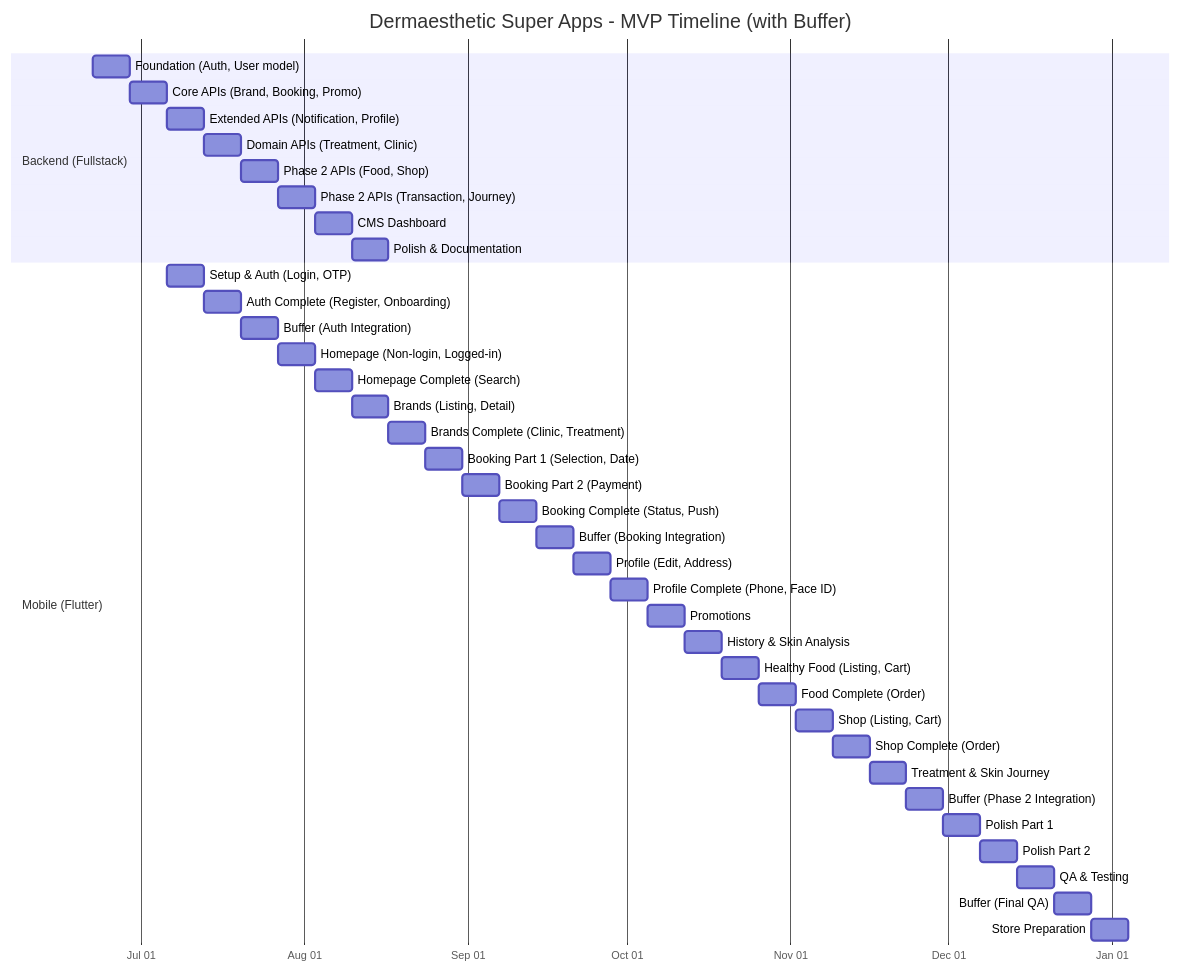
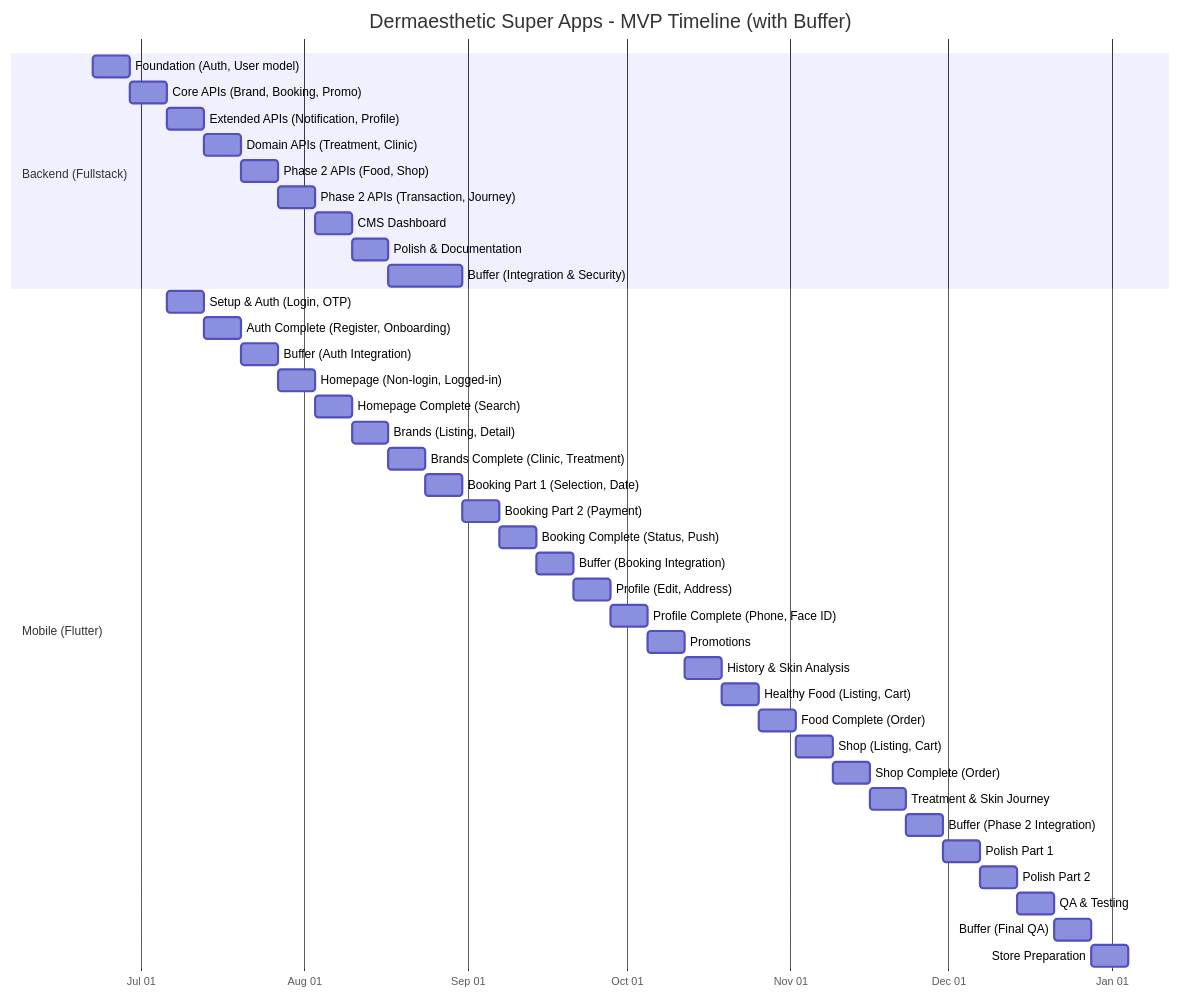
Before and after one commit to dhiazfathra/figma-mcp: the first of 2 diagrams in docs/superpowers/specs/2026-06-17-dermaesthetic-mvp-roadmap.md, drawn with Mermaid. The commit also changed other lines of this file, not shown here.

Commit message:
docs: update roadmap with backend buffer week

````diff
--- a/docs/superpowers/specs/2026-06-17-dermaesthetic-mvp-roadmap.md
+++ b/docs/superpowers/specs/2026-06-17-dermaesthetic-mvp-roadmap.md
@@ -565,44 +565,45 @@
 ```mermaid
 gantt
     title Dermaesthetic Super Apps - MVP Timeline (with Buffer)
     dateFormat  YYYY-MM-DD
     axisFormat  %b %d
 
     section Backend (Fullstack)
     Foundation (Auth, User model)        :b1, 2026-06-22, 7d
     Core APIs (Brand, Booking, Promo)    :b2, after b1, 7d
     Extended APIs (Notification, Profile):b3, after b2, 7d
     Domain APIs (Treatment, Clinic)      :b4, after b3, 7d
     Phase 2 APIs (Food, Shop)            :b5, after b4, 7d
     Phase 2 APIs (Transaction, Journey)  :b6, after b5, 7d
     CMS Dashboard                        :b7, after b6, 7d
     Polish & Documentation               :b8, after b7, 7d
+    Buffer (Integration & Security)      :bbuf, after b8, 14d
 
     section Mobile (Flutter)
     Setup & Auth (Login, OTP)            :m1, 2026-07-06, 7d
     Auth Complete (Register, Onboarding) :m2, after m1, 7d
     Buffer (Auth Integration)            :buf1, after m2, 7d
     Homepage (Non-login, Logged-in)      :m3, after buf1, 7d
     Homepage Complete (Search)           :m4, after m3, 7d
     Brands (Listing, Detail)             :m5, after m4, 7d
     Brands Complete (Clinic, Treatment)  :m6, after m5, 7d
     Booking Part 1 (Selection, Date)     :m7, after m6, 7d
     Booking Part 2 (Payment)             :m8, after m7, 7d
     Booking Complete (Status, Push)      :m9, after m8, 7d
     Buffer (Booking Integration)         :buf2, after m9, 7d
     Profile (Edit, Address)              :m10, after buf2, 7d
     Profile Complete (Phone, Face ID)    :m11, after m10, 7d
     Promotions                           :m12, after m11, 7d
     History & Skin Analysis              :m13, after m12, 7d
     Healthy Food (Listing, Cart)         :m14, after m13, 7d
     Food Complete (Order)                :m15, after m14, 7d
     Shop (Listing, Cart)                 :m16, after m15, 7d
     Shop Complete (Order)                :m17, after m16, 7d
     Treatment & Skin Journey             :m18, after m17, 7d
     Buffer (Phase 2 Integration)         :buf3, after m18, 7d
     Polish Part 1                        :m19, after buf3, 7d
     Polish Part 2                        :m20, after m19, 7d
     QA & Testing                         :m21, after m20, 7d
     Buffer (Final QA)                    :buf4, after m21, 7d
     Store Preparation                    :m22, after buf4, 7d
 ```
````
